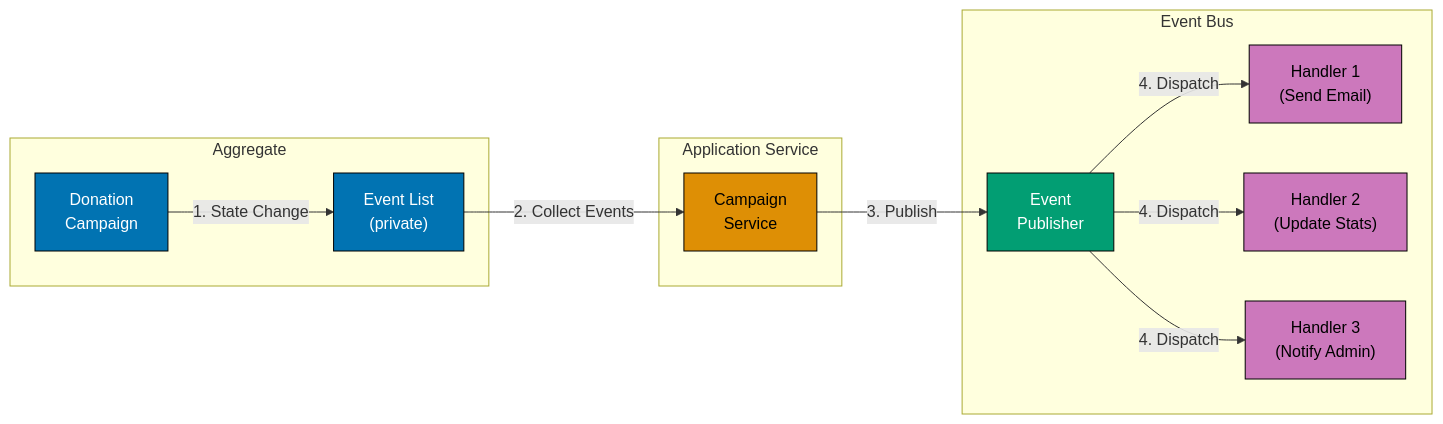
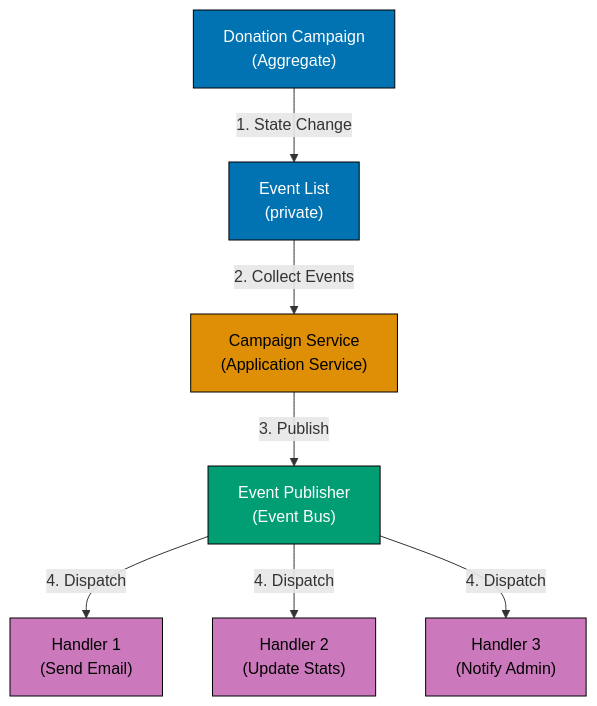
One commit to wahidyankf/ose-primer changed the third of 6 diagrams in docs/explanation/software-engineering/programming-languages/typescript/domain-driven-design.md. Above: the diagram before and after it, drawn with Mermaid. The commit also changed 86 other files, not shown here.

````diff
--- a/docs/explanation/software-engineering/programming-languages/typescript/domain-driven-design.md
+++ b/docs/explanation/software-engineering/programming-languages/typescript/domain-driven-design.md
@@ -777,33 +777,25 @@
 ```mermaid
 %% Color Palette: Blue #0173B2, Orange #DE8F05, Teal #029E73, Purple #CC78BC
 %% All colors are color-blind friendly and meet WCAG AA contrast standards
 
-graph LR
-    subgraph Aggregate["Aggregate"]
-        Agg["Donation<br/>Campaign"]:::blue
-        Events["Event List<br/>(private)"]:::blue
-    end
-
-    subgraph Service["Application Service"]
-        Svc["Campaign<br/>Service"]:::orange
-    end
-
-    subgraph EventBus["Event Bus"]
-        Bus["Event<br/>Publisher"]:::teal
-        H1["Handler 1<br/>(Send Email)"]:::purple
-        H2["Handler 2<br/>(Update Stats)"]:::purple
-        H3["Handler 3<br/>(Notify Admin)"]:::purple
-    end
+graph TD
+    Agg["Donation Campaign<br/>#40;Aggregate#41;"]:::blue
+    Events["Event List<br/>#40;private#41;"]:::blue
+    Svc["Campaign Service<br/>#40;Application Service#41;"]:::orange
+    Bus["Event Publisher<br/>#40;Event Bus#41;"]:::teal
+    H1["Handler 1<br/>#40;Send Email#41;"]:::purple
+    H2["Handler 2<br/>#40;Update Stats#41;"]:::purple
+    H3["Handler 3<br/>#40;Notify Admin#41;"]:::purple
 
     Agg -->|"1. State Change"| Events
     Events -->|"2. Collect Events"| Svc
     Svc -->|"3. Publish"| Bus
     Bus -->|"4. Dispatch"| H1
     Bus -->|"4. Dispatch"| H2
     Bus -->|"4. Dispatch"| H3
 
     classDef blue fill:#0173B2,stroke:#000,color:#fff
     classDef orange fill:#DE8F05,stroke:#000,color:#000
     classDef teal fill:#029E73,stroke:#000,color:#fff
     classDef purple fill:#CC78BC,stroke:#000,color:#000
 ```
````
